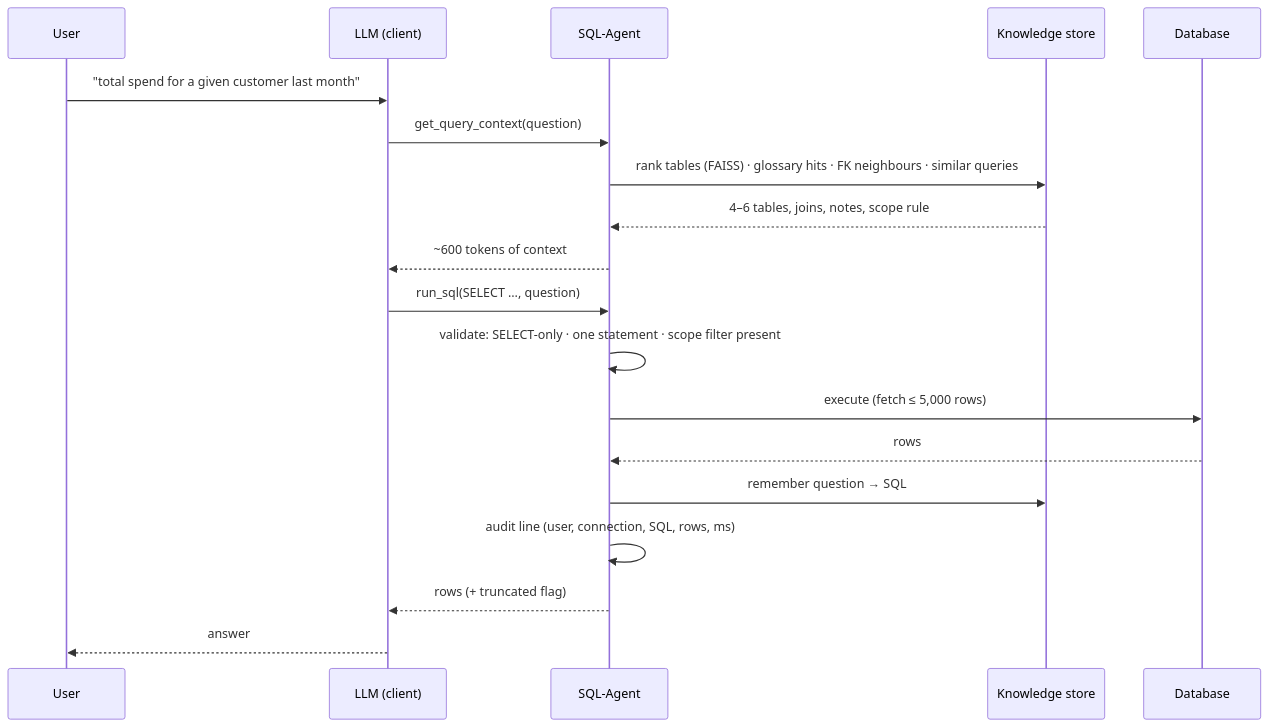
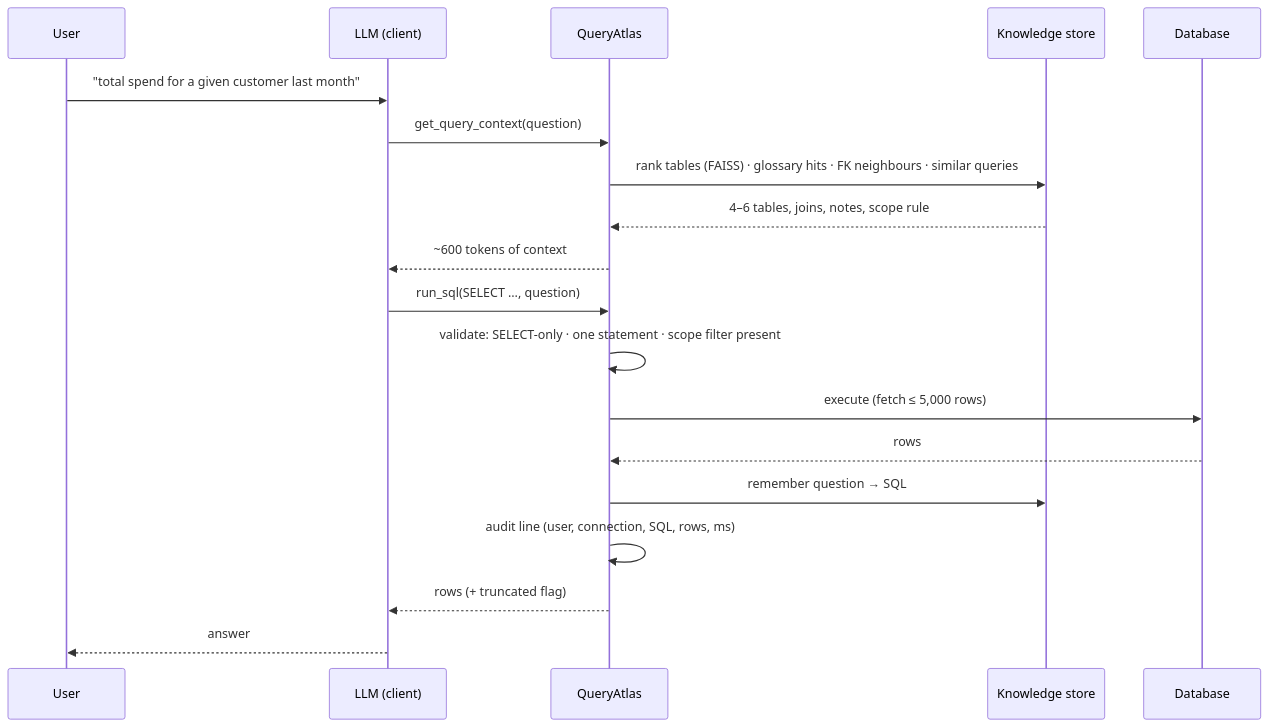
The second of 3 diagrams in docs/ARCHITECTURE.md (Machi2130/QueryAtlas), drawn with Mermaid before and after one commit. The commit also changed other lines of this file and 13 other files, not shown here.

First line of the commit message:
Rename the product to QueryAtlas

````diff
--- a/docs/ARCHITECTURE.md
+++ b/docs/ARCHITECTURE.md
@@ -40,22 +40,22 @@
 ```mermaid
 sequenceDiagram
     participant U as User
     participant L as LLM (client)
-    participant S as SQL-Agent
+    participant S as QueryAtlas
     participant K as Knowledge store
     participant D as Database
 
     U->>L: "total spend for a given customer last month"
     L->>S: get_query_context(question)
     S->>K: rank tables (FAISS) · glossary hits · FK neighbours · similar queries
     K-->>S: 4–6 tables, joins, notes, scope rule
     S-->>L: ~600 tokens of context
     L->>S: run_sql(SELECT …, question)
     S->>S: validate: SELECT-only · one statement · scope filter present
     S->>D: execute (fetch ≤ 5,000 rows)
     D-->>S: rows
     S->>K: remember question → SQL
     S->>S: audit line (user, connection, SQL, rows, ms)
     S-->>L: rows (+ truncated flag)
     L-->>U: answer
 ```
````
